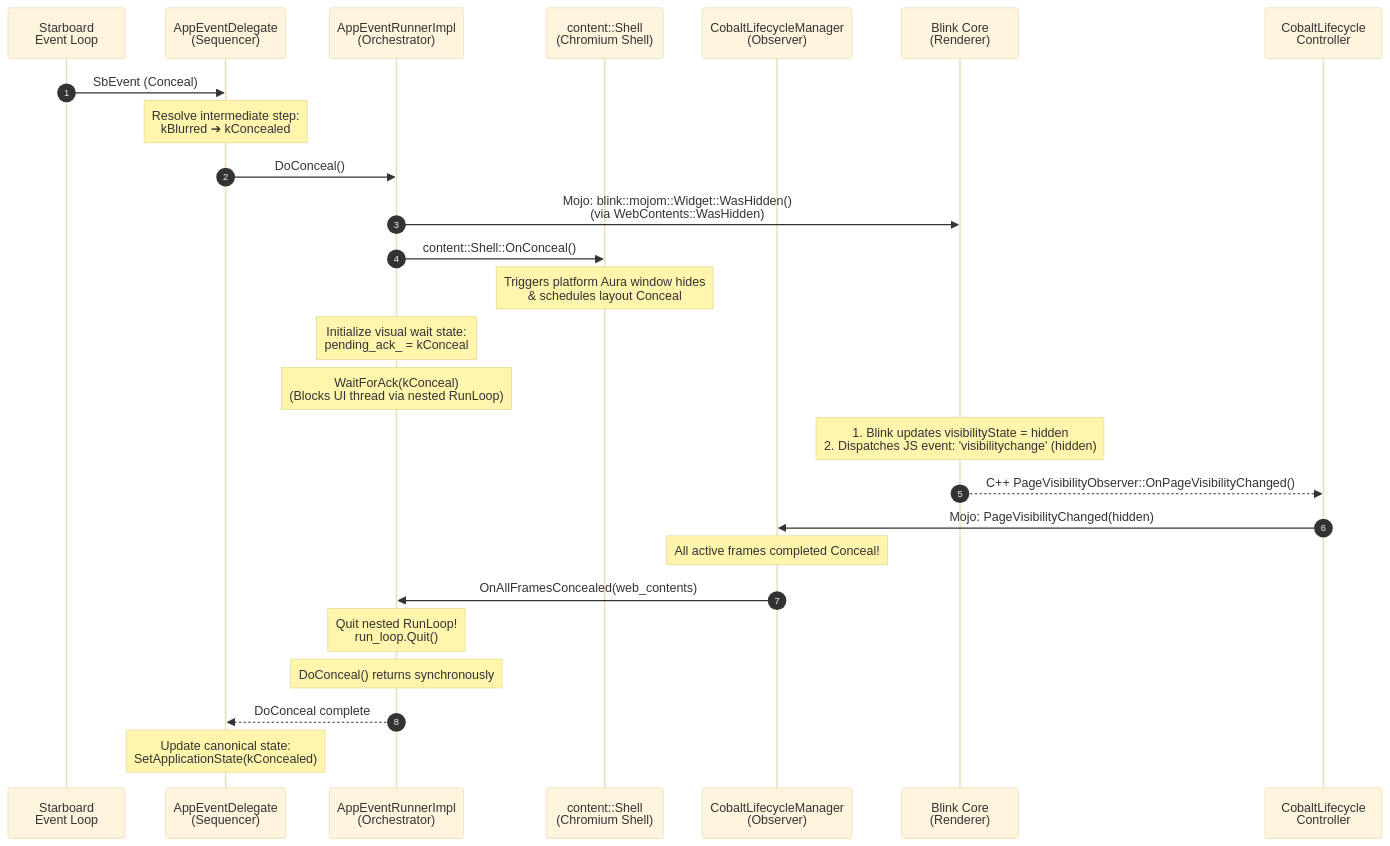
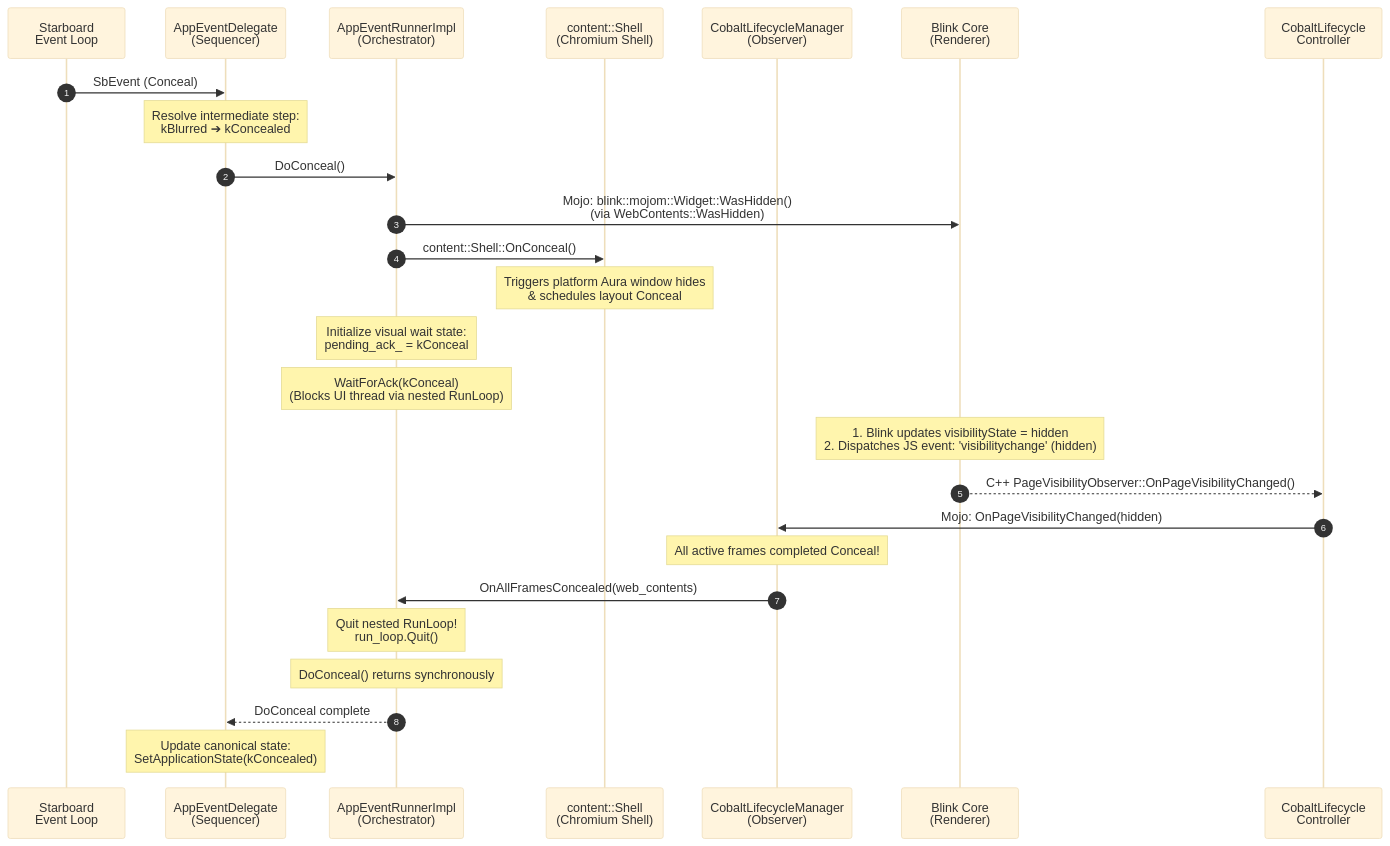
Before and after one commit to youtube/cobalt: the third of 14 diagrams in cobalt/doc/lifecycle_internals.md, drawn with Mermaid (base theme). The commit also changed other lines of this file and 18 other files, not shown here.

````diff
--- a/cobalt/doc/lifecycle_internals.md
+++ b/cobalt/doc/lifecycle_internals.md
@@ -167,30 +167,30 @@
 ```mermaid
 sequenceDiagram
   autonumber
   participant OS as Starboard <br/> Event Loop
   participant Delegate as AppEventDelegate <br/> (Sequencer)
   participant Runner as AppEventRunnerImpl <br/> (Orchestrator)
   participant Shell as content::Shell <br/> (Chromium Shell)
   participant Manager as CobaltLifecycleManager <br/> (Observer)
   participant Blink as Blink Core <br/> (Renderer)
   participant Controller as CobaltLifecycle <br/> Controller
 
   OS->>Delegate: SbEvent (Conceal)
   Note over Delegate: Resolve intermediate step:<br/>kBlurred ➔ kConcealed
   Delegate->>Runner: DoConceal()
   Runner->>Blink: Mojo: blink::mojom::Widget::WasHidden() <br/> (via WebContents::WasHidden)
   Runner->>Shell: content::Shell::OnConceal()
   Note over Shell: Triggers platform Aura window hides<br/>& schedules layout Conceal
   Note over Runner: Initialize visual wait state:<br/>pending_ack_ = kConceal
   Note over Runner: WaitForAck(kConceal)<br/>(Blocks UI thread via nested RunLoop)
 
   Note over Blink: 1. Blink updates visibilityState = hidden<br/>2. Dispatches JS event: 'visibilitychange' (hidden)
   Blink-->>Controller: C++ PageVisibilityObserver::OnPageVisibilityChanged()
-  Controller->>Manager: Mojo: PageVisibilityChanged(hidden)
+  Controller->>Manager: Mojo: OnPageVisibilityChanged(hidden)
   Note over Manager: All active frames completed Conceal!
   Manager->>Runner: OnAllFramesConcealed(web_contents)
   Note over Runner: Quit nested RunLoop!<br/>run_loop.Quit()
   Note over Runner: DoConceal() returns synchronously
   Runner-->>Delegate: DoConceal complete
   Note over Delegate: Update canonical state:<br/>SetApplicationState(kConcealed)
 ```
````
